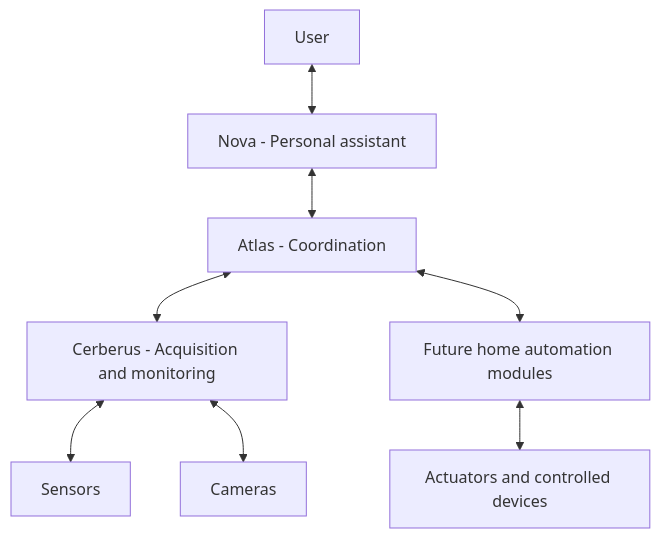
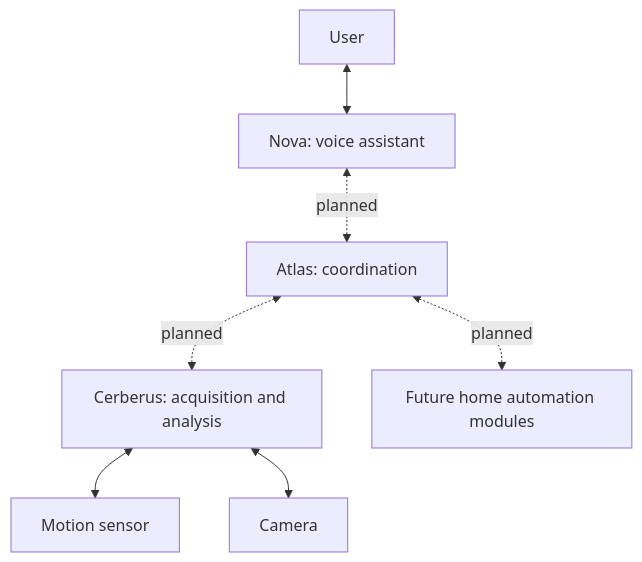
Before and after one commit to alberto-ali-94/synapse: the diagram in README.md, drawn with Mermaid. The commit also changed other lines of this file and 3 other files, not shown here.

````diff
--- a/README.md
+++ b/README.md
@@ -24,10 +15,9 @@
 ```mermaid
 flowchart TD
-    User[User] <--> Nova[Nova - Personal assistant]
-    Nova <--> Atlas[Atlas - Coordination]
-    Atlas <--> Cerberus[Cerberus - Acquisition and monitoring]
-    Cerberus <--> Sensors[Sensors]
-    Cerberus <--> Cameras[Cameras]
-    Atlas <--> Automation[Future home automation modules]
-    Automation <--> Actuators[Actuators and controlled devices]
+    User[User] <--> Nova[Nova: voice assistant]
+    Nova <-. planned .-> Atlas[Atlas: coordination]
+    Atlas <-. planned .-> Cerberus[Cerberus: acquisition and analysis]
+    Cerberus <--> PIR[Motion sensor]
+    Cerberus <--> Camera[Camera]
+    Atlas <-. planned .-> Devices[Future home automation modules]
 ```
````
